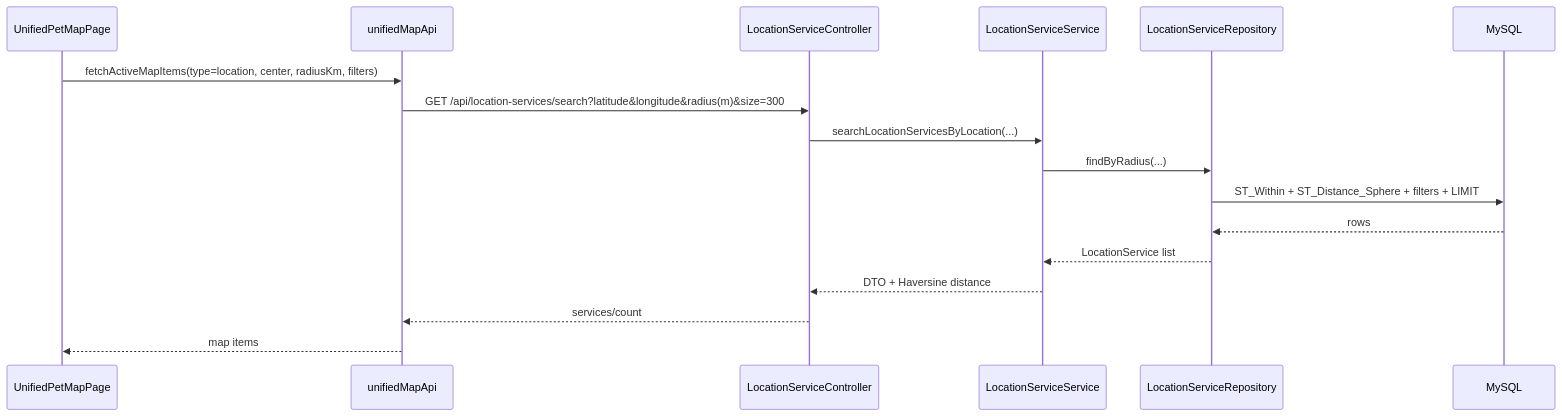
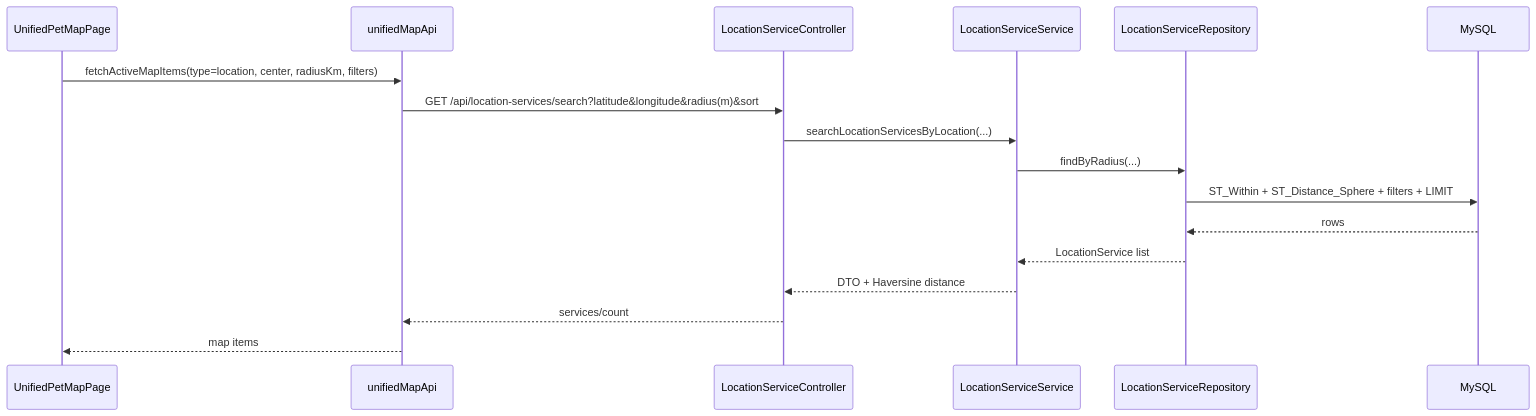
The second of 3 diagrams in docs/architecture/location/위치 기반 서비스 아키텍처.md (makkong1/Petory), drawn with Mermaid before and after one commit. The commit also changed other lines of this file and 6 other files, not shown here.

First line of the commit message:
docs: 지도 반경검색 통일 반영 + ERD 공간 인덱스 서술 정정

````diff
--- a/docs/architecture/location/위치 기반 서비스 아키텍처.md
+++ b/docs/architecture/location/위치 기반 서비스 아키텍처.md
@@ -121,20 +124,20 @@
 ```mermaid
 sequenceDiagram
   participant U as UnifiedPetMapPage
   participant UM as unifiedMapApi
   participant API as LocationServiceController
   participant S as LocationServiceService
   participant R as LocationServiceRepository
   participant DB as MySQL
 
   U->>UM: fetchActiveMapItems(type=location, center, radiusKm, filters)
-  UM->>API: GET /api/location-services/search?latitude&longitude&radius(m)&size=300
+  UM->>API: GET /api/location-services/search?latitude&longitude&radius(m)&sort
   API->>S: searchLocationServicesByLocation(...)
   S->>R: findByRadius(...)
   R->>DB: ST_Within + ST_Distance_Sphere + filters + LIMIT
   DB-->>R: rows
   R-->>S: LocationService list
   S-->>API: DTO + Haversine distance
   API-->>UM: services/count
   UM-->>U: map items
 ```
````
